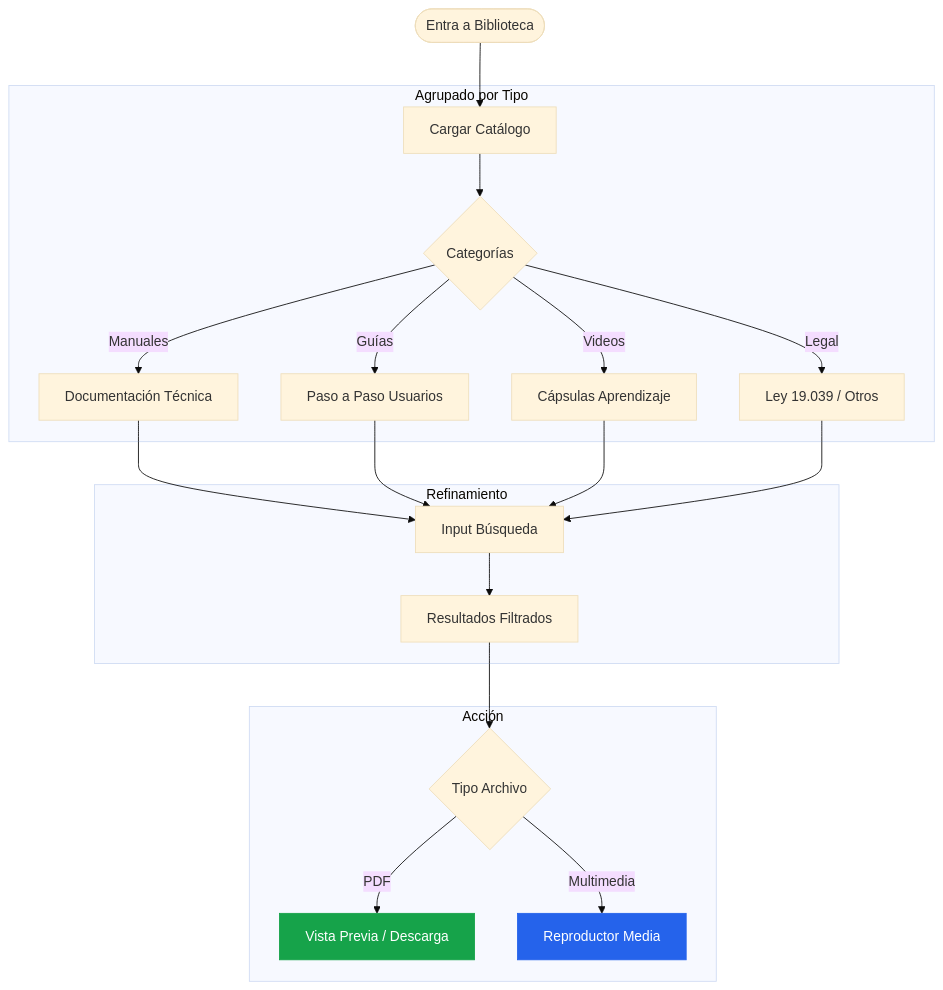
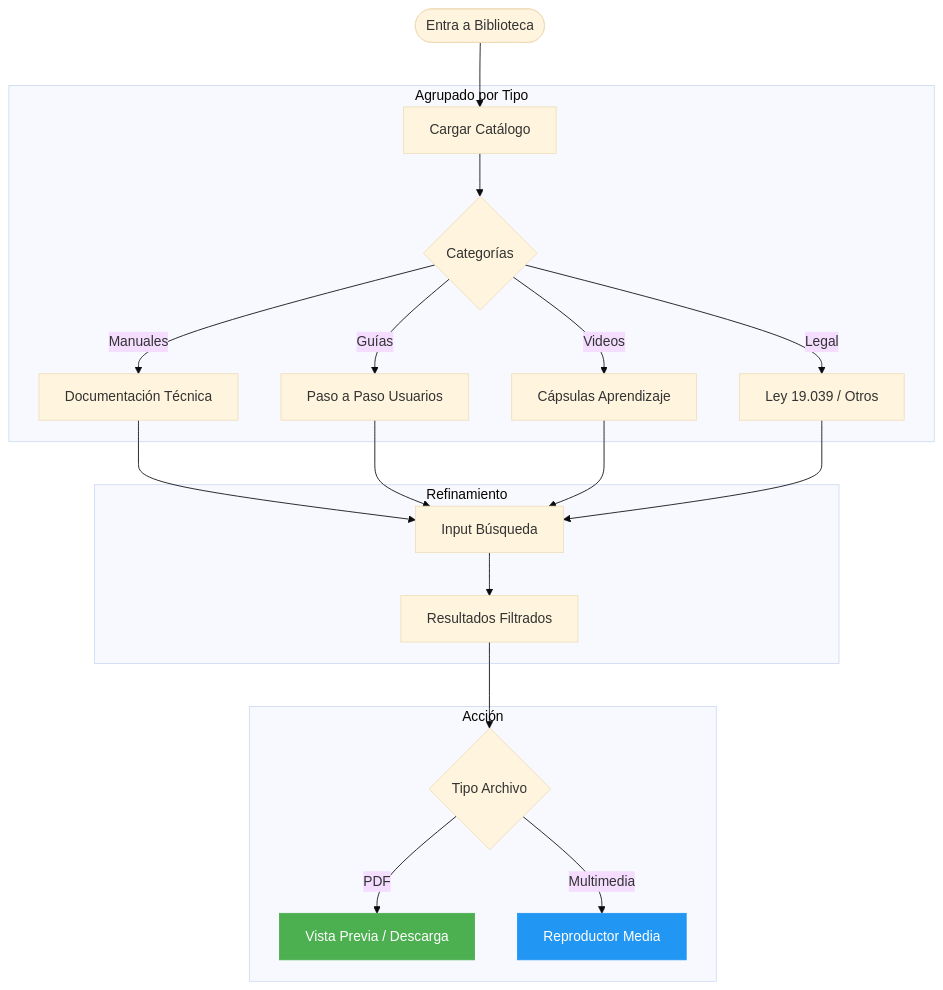
The seventh of 8 diagrams in docs/FLOW_DIAGRAMS.md (Fernandodesign96/mi-inapi-app), drawn with Mermaid (base theme) before and after one commit. The commit also changed other lines of this file and 21 other files, not shown here.

````diff
--- a/docs/FLOW_DIAGRAMS.md
+++ b/docs/FLOW_DIAGRAMS.md
@@ -225,26 +227,26 @@
 ```mermaid
 flowchart TD
     A([Entra a Biblioteca]) --> B[Cargar Catálogo]
     
     subgraph Categorizacion_INAPI [Agrupado por Tipo]
         B --> C{Categorías}
         C -->|Manuales| D[Documentación Técnica]
         C -->|Guías| E[Paso a Paso Usuarios]
         C -->|Videos| F[Cápsulas Aprendizaje]
         C -->|Legal| G[Ley 19.039 / Otros]
     end
 
     subgraph Busqueda [Refinamiento]
         D & E & F & G --> H[Input Búsqueda]
         H --> I[Resultados Filtrados]
     end
 
     subgraph Consumo [Acción]
         I --> J{Tipo Archivo}
         J -->|PDF| K[Vista Previa / Descarga]
         J -->|Multimedia| L[Reproductor Media]
     end
 
-    style K fill:#16A34A,stroke:#16A34A,color:#fff
-    style L fill:#2563EB,stroke:#2563EB,color:#fff
+    style K fill:#4CAF50,stroke:#4CAF50,color:#fff
+    style L fill:#2196F3,stroke:#2196F3,color:#fff
 ```
````
